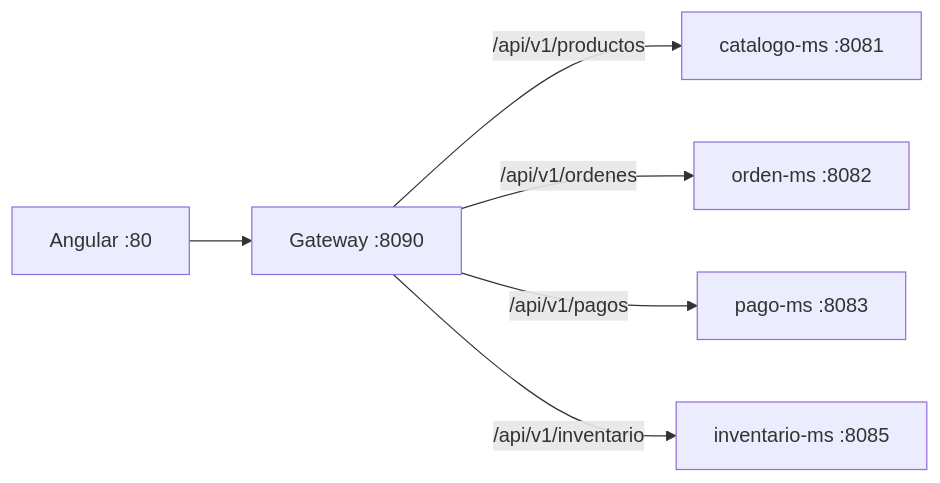
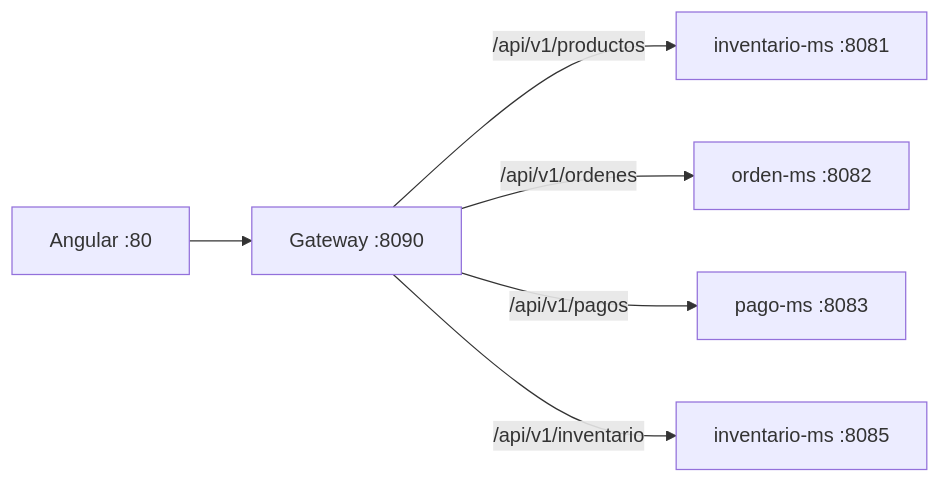
One commit to rbn-69-cod/MediZano_microservicios changed the fourth of 6 diagrams in docs/proyecto-sello/u1-producto.md. Above: the diagram before and after it, drawn with Mermaid. The commit also changed other lines of this file and 68 other files, not shown here.

````diff
--- a/docs/proyecto-sello/u1-producto.md
+++ b/docs/proyecto-sello/u1-producto.md
@@ -105,8 +105,8 @@
 ```mermaid
 flowchart LR
     FE[Angular :80] --> GW[Gateway :8090]
-    GW -->|/api/v1/productos| CAT[catalogo-ms :8081]
+    GW -->|/api/v1/productos| CAT[inventario-ms :8081]
     GW -->|/api/v1/ordenes| ORD[orden-ms :8082]
     GW -->|/api/v1/pagos| PAY[pago-ms :8083]
     GW -->|/api/v1/inventario| INV[inventario-ms :8085]
 ```
````
